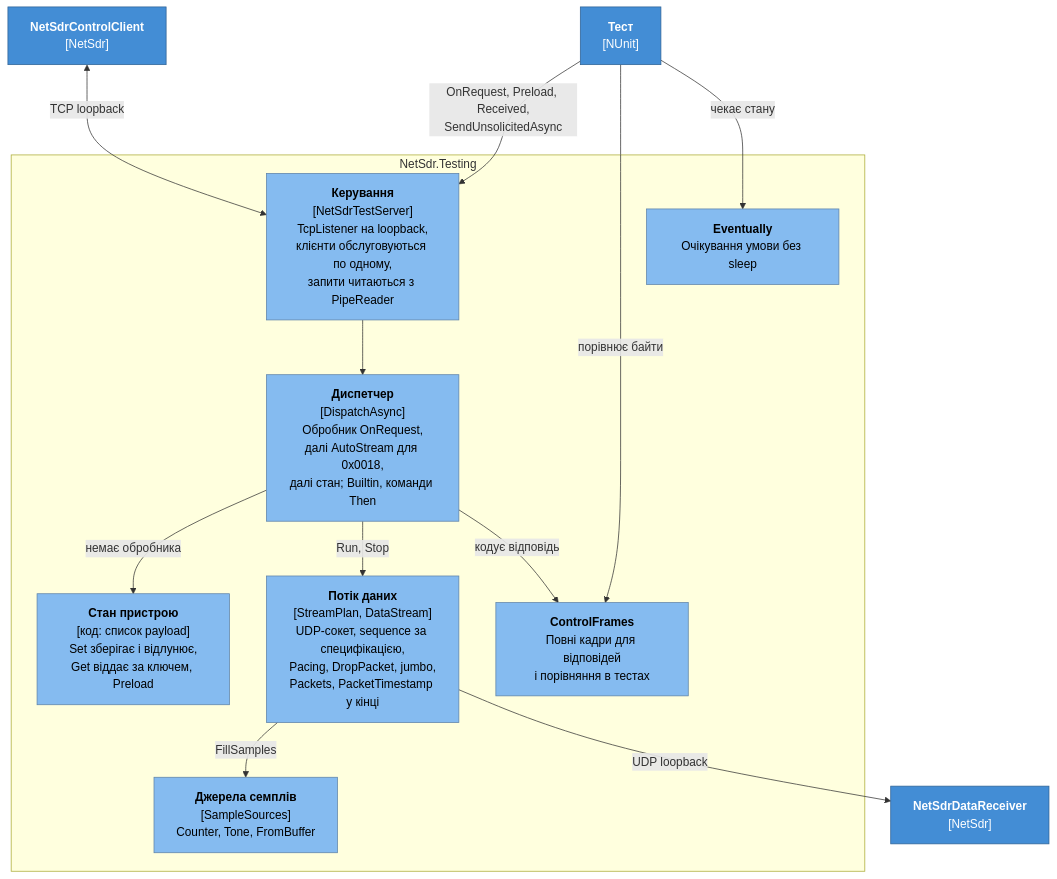
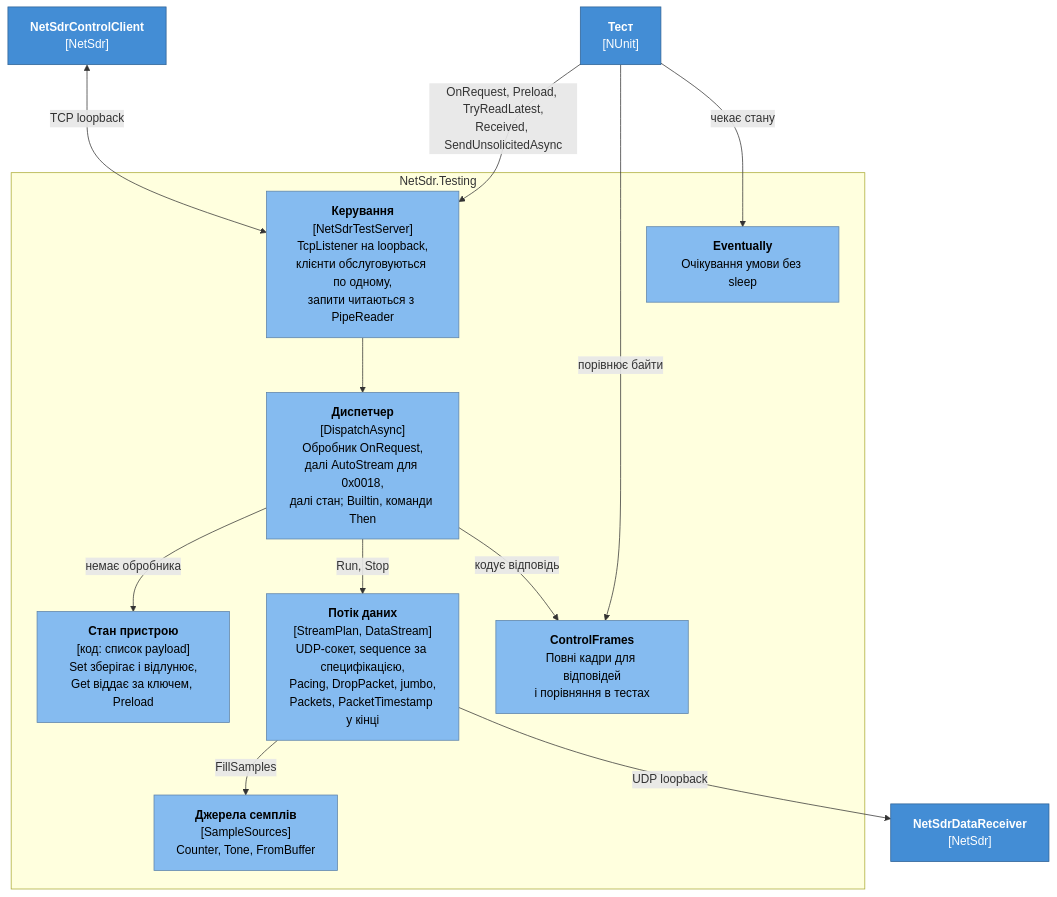
Before and after one commit to vadimart92/NetSdrClient: the fourth of 7 diagrams in docs/architecture.md, drawn with Mermaid. The commit also changed other lines of this file and 3 other files, not shown here.

First line of the commit message:
feat: tests can read the test server's stored state

````diff
--- a/docs/architecture.md
+++ b/docs/architecture.md
@@ -198,32 +198,32 @@
 ```mermaid
 flowchart TB
     test["<b>Тест</b><br/>[NUnit]"]
     client["<b>NetSdrControlClient</b><br/>[NetSdr]"]
     recv["<b>NetSdrDataReceiver</b><br/>[NetSdr]"]
 
     subgraph testing["NetSdr.Testing"]
         server["<b>Керування</b><br/>[NetSdrTestServer]<br/>TcpListener на loopback,<br/>клієнти обслуговуються по одному,<br/>запити читаються з PipeReader"]
         disp["<b>Диспетчер</b><br/>[DispatchAsync]<br/>Обробник OnRequest,<br/>далі AutoStream для 0x0018,<br/>далі стан; Builtin, команди Then"]
         state["<b>Стан пристрою</b><br/>[код: список payload]<br/>Set зберігає і відлунює,<br/>Get віддає за ключем, Preload"]
         stream["<b>Потік даних</b><br/>[StreamPlan, DataStream]<br/>UDP-сокет, sequence за специфікацією,<br/>Pacing, DropPacket, jumbo,<br/>Packets, PacketTimestamp у кінці"]
         sources["<b>Джерела семплів</b><br/>[SampleSources]<br/>Counter, Tone, FromBuffer"]
         frames["<b>ControlFrames</b><br/>Повні кадри для відповідей<br/>і порівняння в тестах"]
         eventually["<b>Eventually</b><br/>Очікування умови без sleep"]
     end
 
-    test -->|"OnRequest, Preload, Received,<br/>SendUnsolicitedAsync"| server
+    test -->|"OnRequest, Preload, TryReadLatest,<br/>Received, SendUnsolicitedAsync"| server
     test -->|"порівнює байти"| frames
     test -->|"чекає стану"| eventually
     client <-->|"TCP loopback"| server
     server --> disp
     disp -->|"немає обробника"| state
     disp -->|"Run, Stop"| stream
     disp -->|"кодує відповідь"| frames
     stream -->|"FillSamples"| sources
     stream -->|"UDP loopback"| recv
 
     classDef component fill:#85BBF0,stroke:#5D82A8,color:#000
     classDef container fill:#438DD5,stroke:#2E6295,color:#fff
     class server,disp,state,stream,sources,frames,eventually component
     class test,client,recv container
 ```
````
